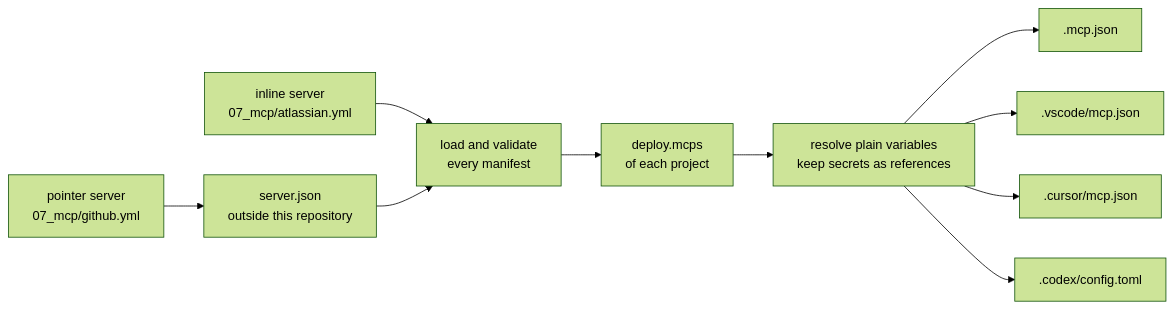
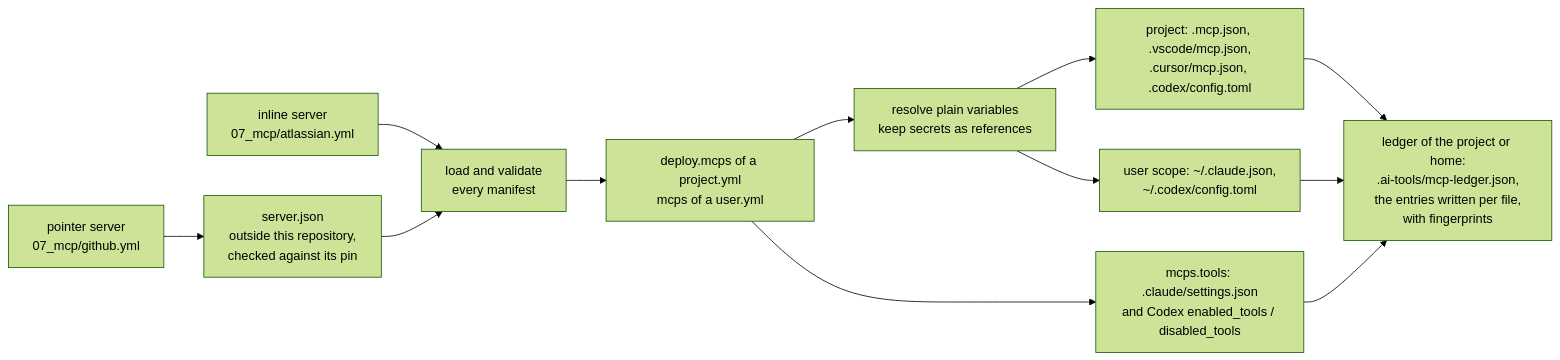
One commit to cleanshipcz/ai-tools changed the diagram in 07_mcp/README.md. Above: the diagram before and after it, drawn with Mermaid (forest theme). The commit also changed other lines of this file and 79 other files, not shown here.

First line of the commit message:
Add user-scope MCP servers, per-agent attachment, pinning, a ledger and tool restrictions

````diff
--- a/07_mcp/README.md
+++ b/07_mcp/README.md
@@ -12,11 +14,13 @@
 ```mermaid
 flowchart LR
     inline["inline server<br/>07_mcp/atlassian.yml"] --> loader
-    pointer["pointer server<br/>07_mcp/github.yml"] --> json["server.json<br/>outside this repository"] --> loader
-    loader["load and validate<br/>every manifest"] --> filter["deploy.mcps<br/>of each project"]
+    pointer["pointer server<br/>07_mcp/github.yml"] --> json["server.json<br/>outside this repository,<br/>checked against its pin"] --> loader
+    loader["load and validate<br/>every manifest"] --> filter["deploy.mcps of a project.yml<br/>mcps of a user.yml"]
     filter --> resolve["resolve plain variables<br/>keep secrets as references"]
-    resolve --> claude[".mcp.json"]
-    resolve --> vscode[".vscode/mcp.json"]
-    resolve --> cursor[".cursor/mcp.json"]
-    resolve --> codex[".codex/config.toml"]
+    resolve --> project["project: .mcp.json, .vscode/mcp.json,<br/>.cursor/mcp.json, .codex/config.toml"]
+    resolve --> home["user scope: ~/.claude.json,<br/>~/.codex/config.toml"]
+    filter --> tools["mcps.tools: .claude/settings.json<br/>and Codex enabled_tools / disabled_tools"]
+    project --> ledger["ledger of the project or home:<br/>.ai-tools/mcp-ledger.json,<br/>the entries written per file,<br/>with fingerprints"]
+    home --> ledger
+    tools --> ledger
 ```
````
